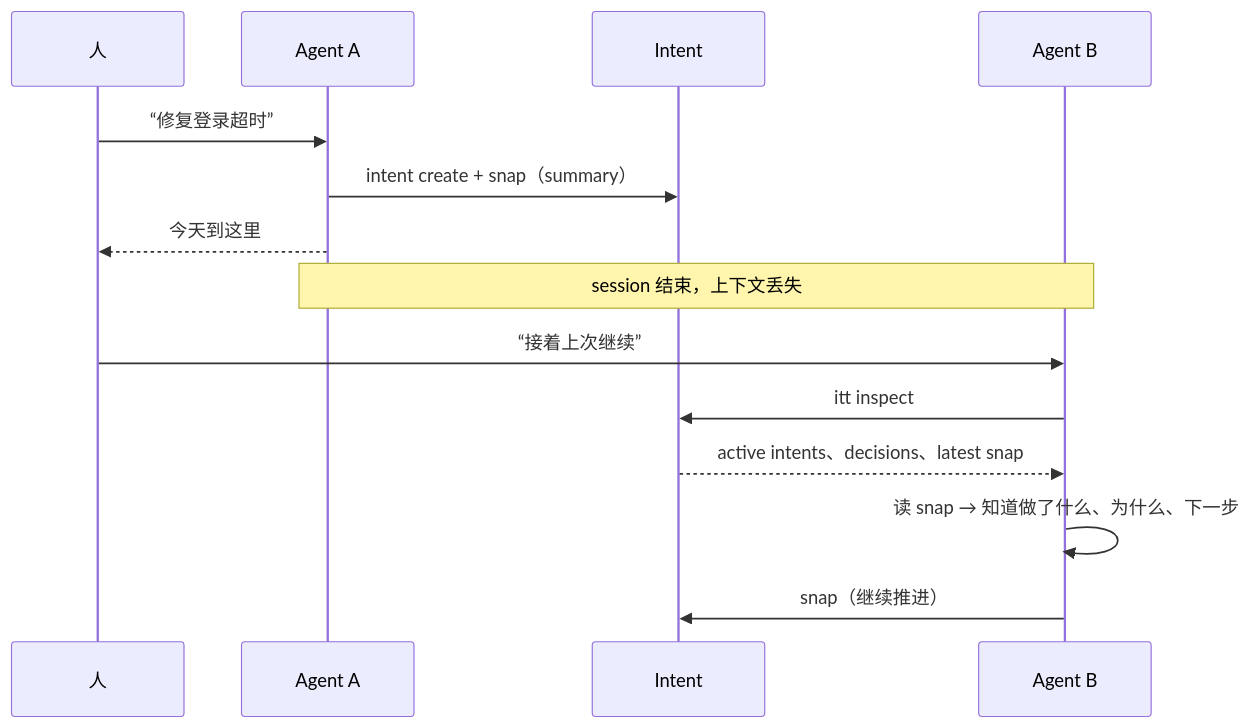
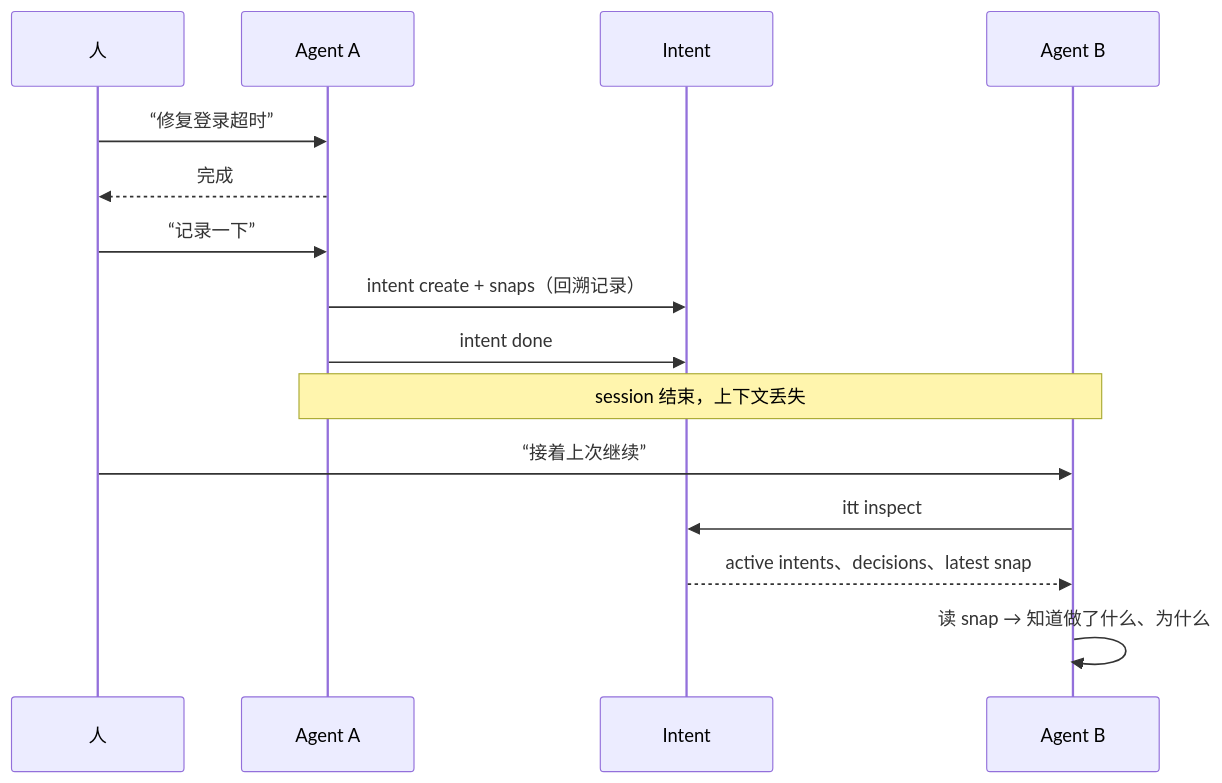
One commit to dozybot001/Intent changed the third of 3 diagrams in docs/CN/vision.md. Above: the diagram before and after it, drawn with Mermaid. The commit also changed other lines of this file and 1 other file, not shown here.

Commit message:
Align vision docs with retrospective recording model
Update sequence diagram to show user-initiated recording flow.
Replace "user feedback" question with "reasoning behind approach"
since query field no longer exists.

````diff
--- a/docs/CN/vision.md
+++ b/docs/CN/vision.md
@@ -144,19 +144,20 @@
 ```mermaid
 sequenceDiagram
   participant H as 人
   participant A as Agent A
   participant I as Intent
   participant B as Agent B
 
   H->>A: “修复登录超时”
-  A->>I: intent create + snap（summary）
-  A-->>H: 今天到这里
+  A-->>H: 完成
+  H->>A: “记录一下”
+  A->>I: intent create + snaps（回溯记录）
+  A->>I: intent done
 
   Note over A,B: session 结束，上下文丢失
 
   H->>B: “接着上次继续”
   B->>I: itt inspect
   I-->>B: active intents、decisions、latest snap
-  B->>B: 读 snap → 知道做了什么、为什么、下一步
-  B->>I: snap（继续推进）
+  B->>B: 读 snap → 知道做了什么、为什么
 ```
````
